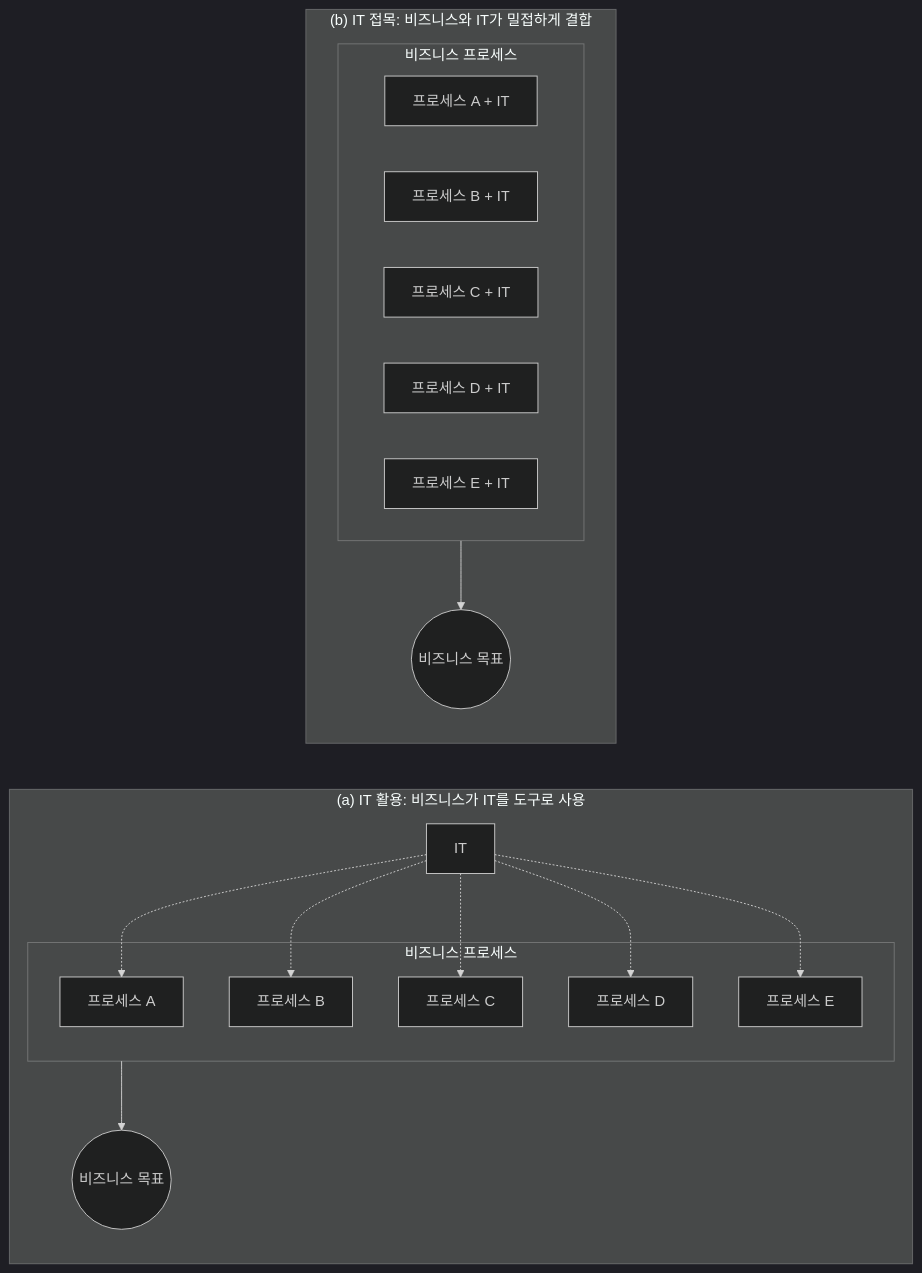
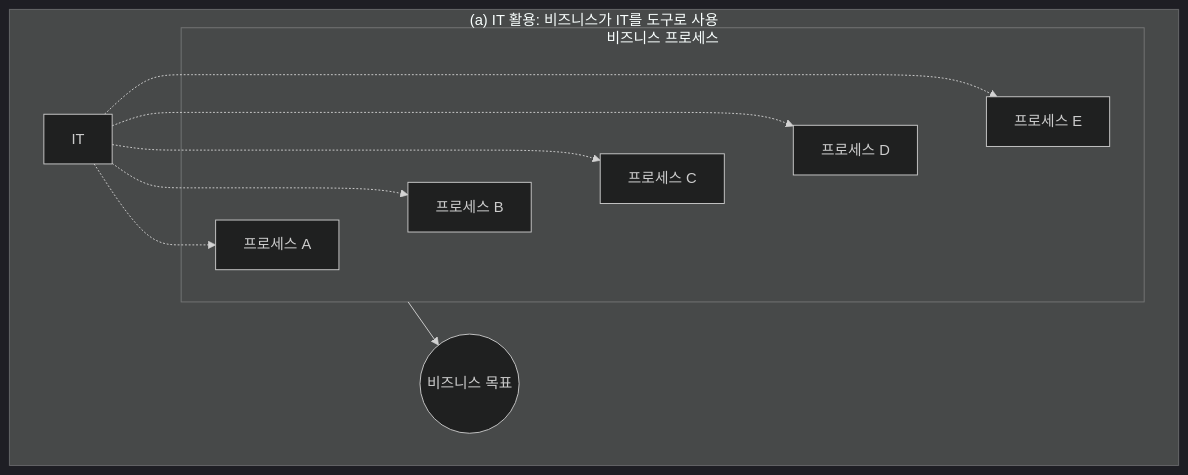
The first of 2 diagrams in output/markdown/pages/page-019.md (jhs512/topcit2), drawn with Mermaid (dark theme) before and after one commit. The commit also changed other lines of this file and 2 other files, not shown here.

Commit message:
Preserve figure 2 order instead of Mermaid disconnected layout

````diff
--- a/output/markdown/pages/page-019.md
+++ b/output/markdown/pages/page-019.md
@@ -15,16 +17,10 @@
 ```mermaid
-flowchart LR
+flowchart TB
  subgraph a["(a) IT 활용: 비즈니스가 IT를 도구로 사용"]
   subgraph proc["비즈니스 프로세스"]
-   A["프로세스 A"] & B["프로세스 B"] & C["프로세스 C"] & D["프로세스 D"] & E["프로세스 E"]
+   A["프로세스 A"] ~~~ B["프로세스 B"] ~~~ C["프로세스 C"] ~~~ D["프로세스 D"] ~~~ E["프로세스 E"]
   end
   IT[IT] -.-> A & B & C & D & E
   proc --> goal((비즈니스 목표))
  end
- subgraph b["(b) IT 접목: 비즈니스와 IT가 밀접하게 결합"]
-  subgraph proc2["비즈니스 프로세스"]
-   A2["프로세스 A + IT"] & B2["프로세스 B + IT"] & C2["프로세스 C + IT"] & D2["프로세스 D + IT"] & E2["프로세스 E + IT"]
-  end
-  proc2 --> goal2((비즈니스 목표))
- end
 ```
````
